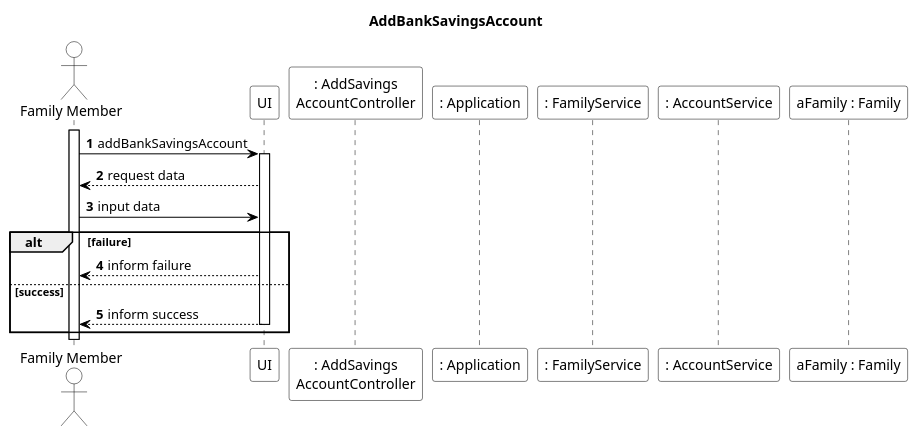
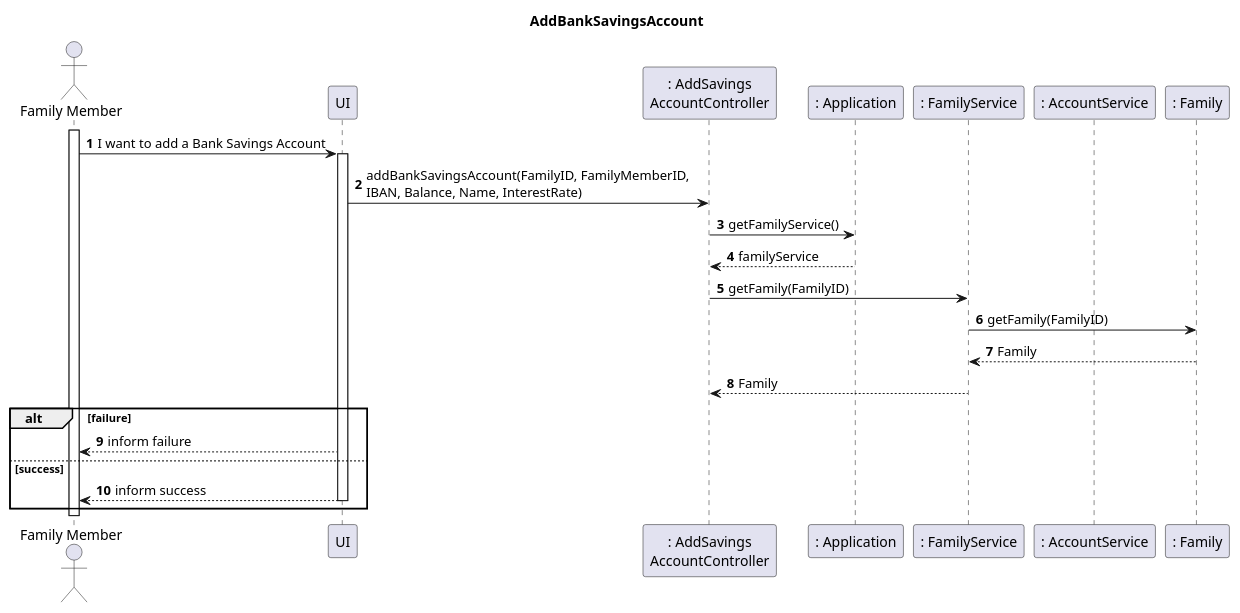
Before and after one commit to tomas-osswald/switch_2020_g3: the second of 3 diagrams in docs/sprint2/user_stories/US172_AddBankSavingsAccount.md, drawn with PlantUML. The commit also changed 1 other file, not shown here.

Commit message:
Initial Sequence Diagram Design

`````diff
--- a/docs/sprint2/user_stories/US172_AddBankSavingsAccount.md
+++ b/docs/sprint2/user_stories/US172_AddBankSavingsAccount.md
@@ -47,37 +59,34 @@
 ````puml
 autonumber
 
-skinparam sequence {
-ArrowColor black
-LifeLineBorderColor black
-LifeLineBackgroundColor white
-ParticipantBorderColor black
-ParticipantBackgroundColor white
-ParticipantFontColor black
-ActorBorderColor black
-ActorBackgroundColor white
-}
+
 
 title AddBankSavingsAccount
 actor "Family Member" as FamilyMember
 participant "UI" as UI
 participant ": AddSavings\nAccountController" as Controller
 participant ": Application" as App
 participant ": FamilyService" as FamilyService
 participant ": AccountService" as AccountService
-participant "aFamily : Family" as Family
+participant ": Family" as Family
 
 activate FamilyMember
-FamilyMember -> UI: addBankSavingsAccount
+FamilyMember -> UI: I want to add a Bank Savings Account
 activate UI
-UI --> FamilyMember: request data
-FamilyMember -> UI: input data
+UI -> Controller : addBankSavingsAccount(FamilyID, FamilyMemberID, \nIBAN, Balance, Name, InterestRate)
+Controller -> App : getFamilyService()
+App --> Controller : familyService
+Controller -> FamilyService : getFamily(FamilyID)
+FamilyService -> Family : getFamily(FamilyID)
+Family --> FamilyService : Family
+FamilyService --> Controller : Family
+ 
 alt failure
 UI --> FamilyMember: inform failure
 else success
 UI --> FamilyMember: inform success
 deactivate UI
 end alt
 deactivate FamilyMember
 
 ````
`````
